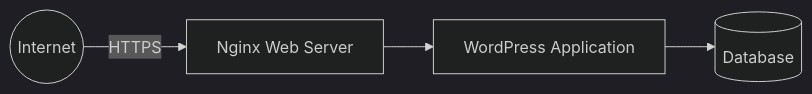
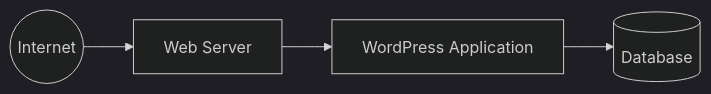
One commit to Emmy241/External-Web-Application-VAPT changed the first of 2 diagrams in README.md. Above: the diagram before and after it, drawn with Mermaid (dark theme). The commit also changed other lines of this file, not shown here.

````diff
--- a/README.md
+++ b/README.md
@@ -54,7 +55,6 @@
 ```mermaid
 flowchart LR
-    Internet((Internet))
-    Internet -->|HTTPS| WebServer[Nginx Web Server]
+    Internet((Internet)) --> WebServer[Web Server]
     WebServer --> WordPress[WordPress Application]
-    WordPress --> Database[(Database)]
+    WordPress --> DB[(Database)]
 ```
````
